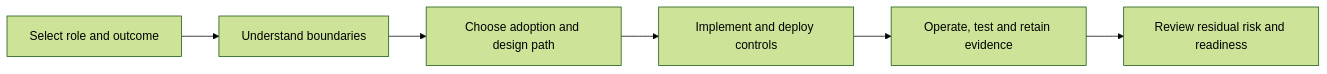
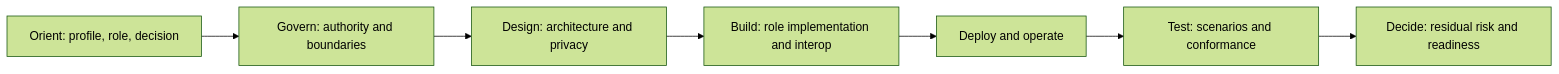
The diagram in docs/implementation-guide/guided-learning.md (sankarshanmukhopadhyay/dtgwg-zkp-tf), drawn with Mermaid (forest theme) before and after one commit. The commit also changed other lines of this file and 58 other files, not shown here.

````diff
--- a/docs/implementation-guide/guided-learning.md
+++ b/docs/implementation-guide/guided-learning.md
@@ -12,8 +12,9 @@
 ```mermaid
 flowchart LR
-  A[Select role and outcome] --> B[Understand boundaries]
-  B --> C[Choose adoption and design path]
-  C --> D[Implement and deploy controls]
-  D --> E[Operate, test and retain evidence]
-  E --> F[Review residual risk and readiness]
+  A[Orient: profile, role, decision] --> B[Govern: authority and boundaries]
+  B --> C[Design: architecture and privacy]
+  C --> D[Build: role implementation and interop]
+  D --> E[Deploy and operate]
+  E --> F[Test: scenarios and conformance]
+  F --> G[Decide: residual risk and readiness]
 ```
````
